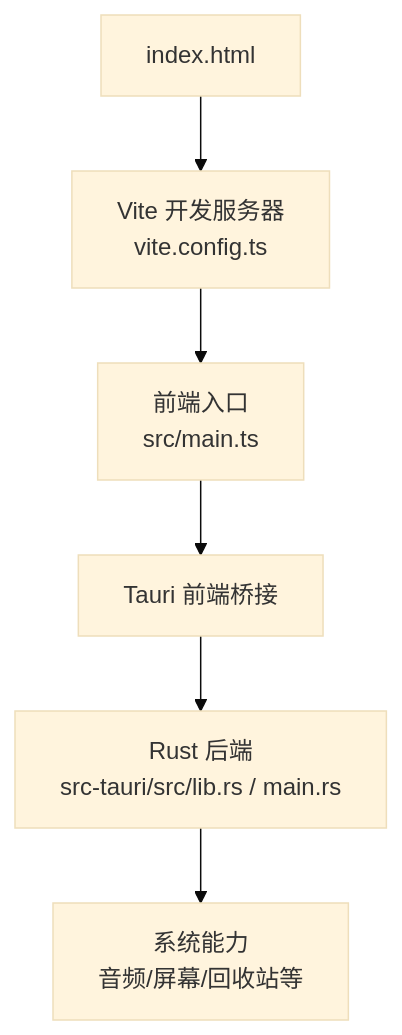
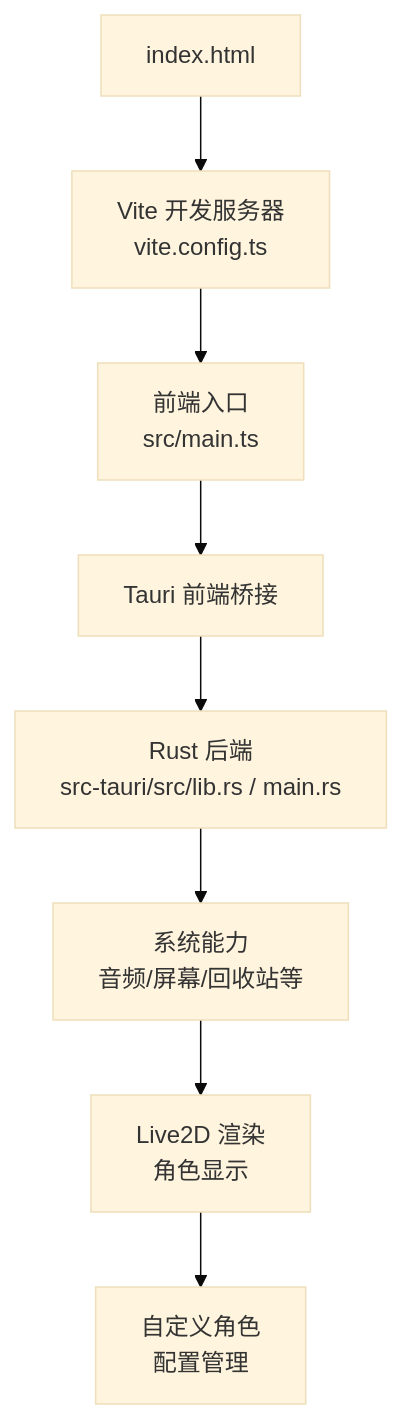
Before and after one commit to Wumiu/Petra: the first of 3 diagrams in .qoder/repowiki/zh/content/快速开始.md, drawn with Mermaid (base theme). The commit also changed other lines of this file and 58 other files, not shown here.

Commit message:
chore: 更新应用图标

````diff
--- a/.qoder/repowiki/zh/content/快速开始.md
+++ b/.qoder/repowiki/zh/content/快速开始.md
@@ -48,8 +58,10 @@
 ```mermaid
 graph TB
 A["index.html"] --> B["Vite 开发服务器<br/>vite.config.ts"]
 B --> C["前端入口<br/>src/main.ts"]
 C --> D["Tauri 前端桥接"]
 D --> E["Rust 后端<br/>src-tauri/src/lib.rs / main.rs"]
 E --> F["系统能力<br/>音频/屏幕/回收站等"]
+F --> G["Live2D 渲染<br/>角色显示"]
+G --> H["自定义角色<br/>配置管理"]
 ```
````
